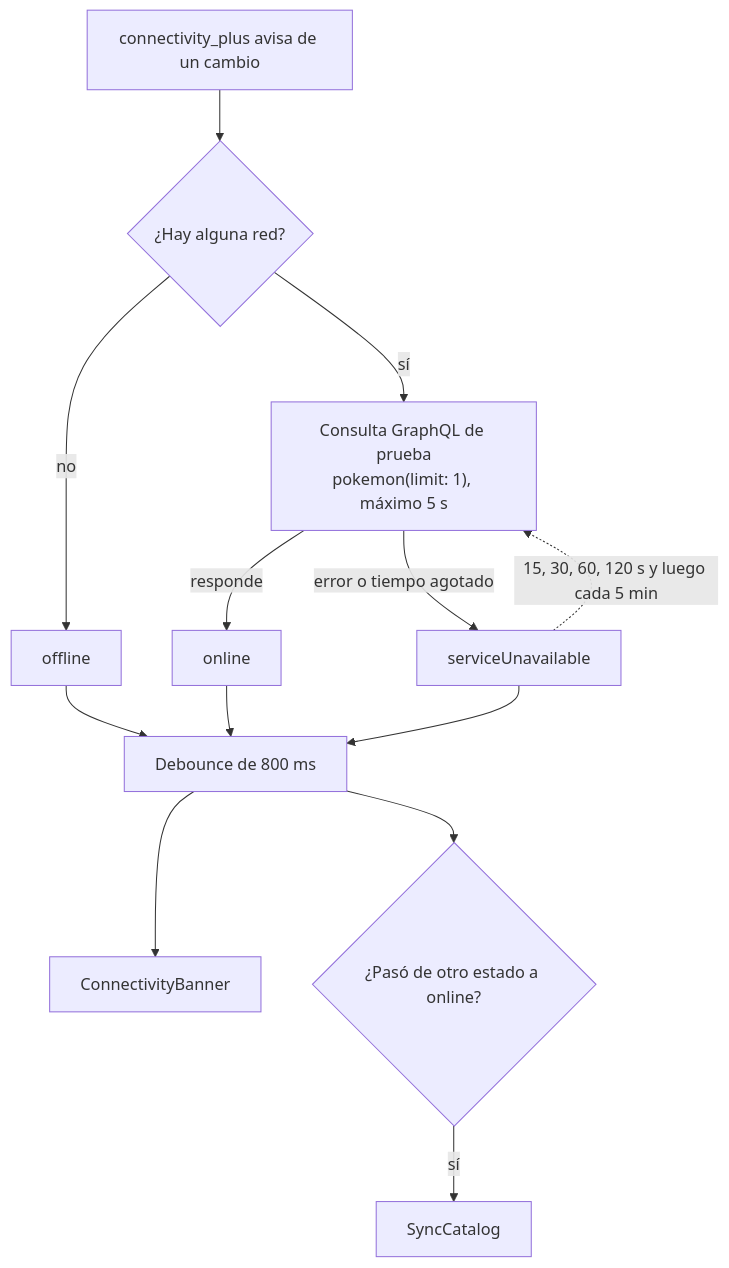
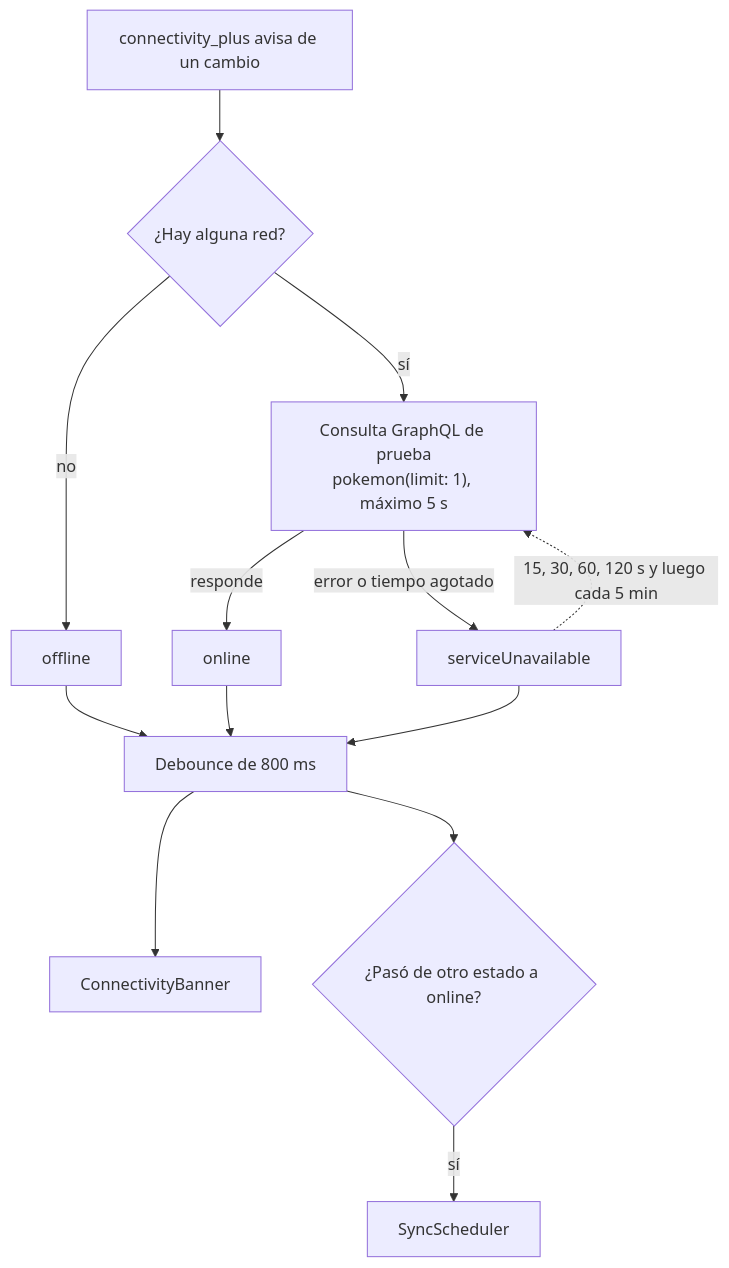
Before and after one commit to JoseHidalgoG/pokedex-flutter: the fourth of 5 diagrams in docs/arquitectura.md, drawn with Mermaid. The commit also changed other lines of this file, not shown here.

````diff
--- a/docs/arquitectura.md
+++ b/docs/arquitectura.md
@@ -145,15 +160,15 @@
 ```mermaid
 flowchart TD
   Change[connectivity_plus avisa de un cambio] --> Network{¿Hay alguna red?}
   Network -- no --> Offline[offline]
   Network -- sí --> Health["Consulta GraphQL de prueba<br/>pokemon(limit: 1), máximo 5 s"]
   Health -- responde --> Online[online]
   Health -- error o tiempo agotado --> Unavailable[serviceUnavailable]
   Unavailable -.->|15, 30, 60, 120 s y luego cada 5 min| Health
   Offline --> Debounce[Debounce de 800 ms]
   Online --> Debounce
   Unavailable --> Debounce
   Debounce --> Banner[ConnectivityBanner]
   Debounce --> Transition{¿Pasó de otro estado a online?}
-  Transition -- sí --> SyncCatalog[SyncCatalog]
+  Transition -- sí --> Scheduler[SyncScheduler]
 ```
````
